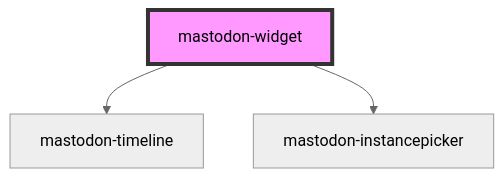
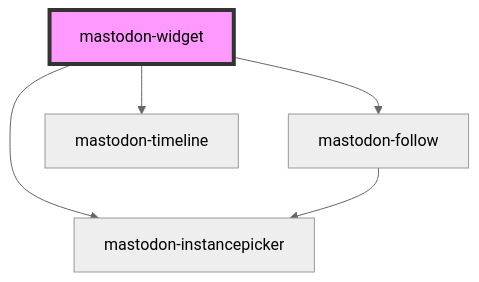
The diagram in src/components/mastodon-widget/readme.md (splitbrain/mastodon-widget), drawn with Mermaid (neutral theme) before and after one commit. The commit also changed other lines of this file and 11 other files, not shown here.

Commit message:
Added follow widget to build an individual follow button

````diff
--- a/src/components/mastodon-widget/readme.md
+++ b/src/components/mastodon-widget/readme.md
@@ -38,6 +37,8 @@
 ```mermaid
 graph TD;
+  mastodon-widget --> mastodon-follow
   mastodon-widget --> mastodon-timeline
   mastodon-widget --> mastodon-instancepicker
+  mastodon-follow --> mastodon-instancepicker
   style mastodon-widget fill:#f9f,stroke:#333,stroke-width:4px
 ```
````
